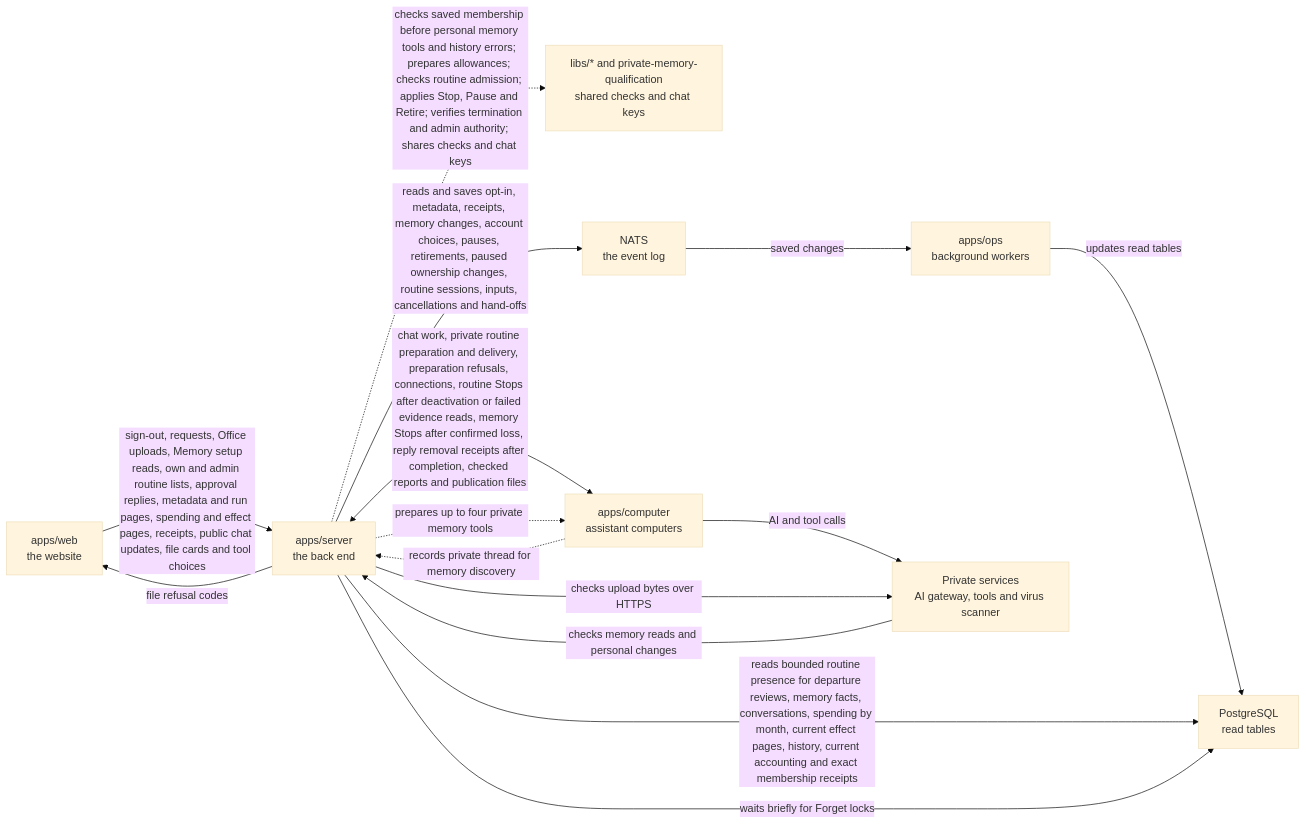
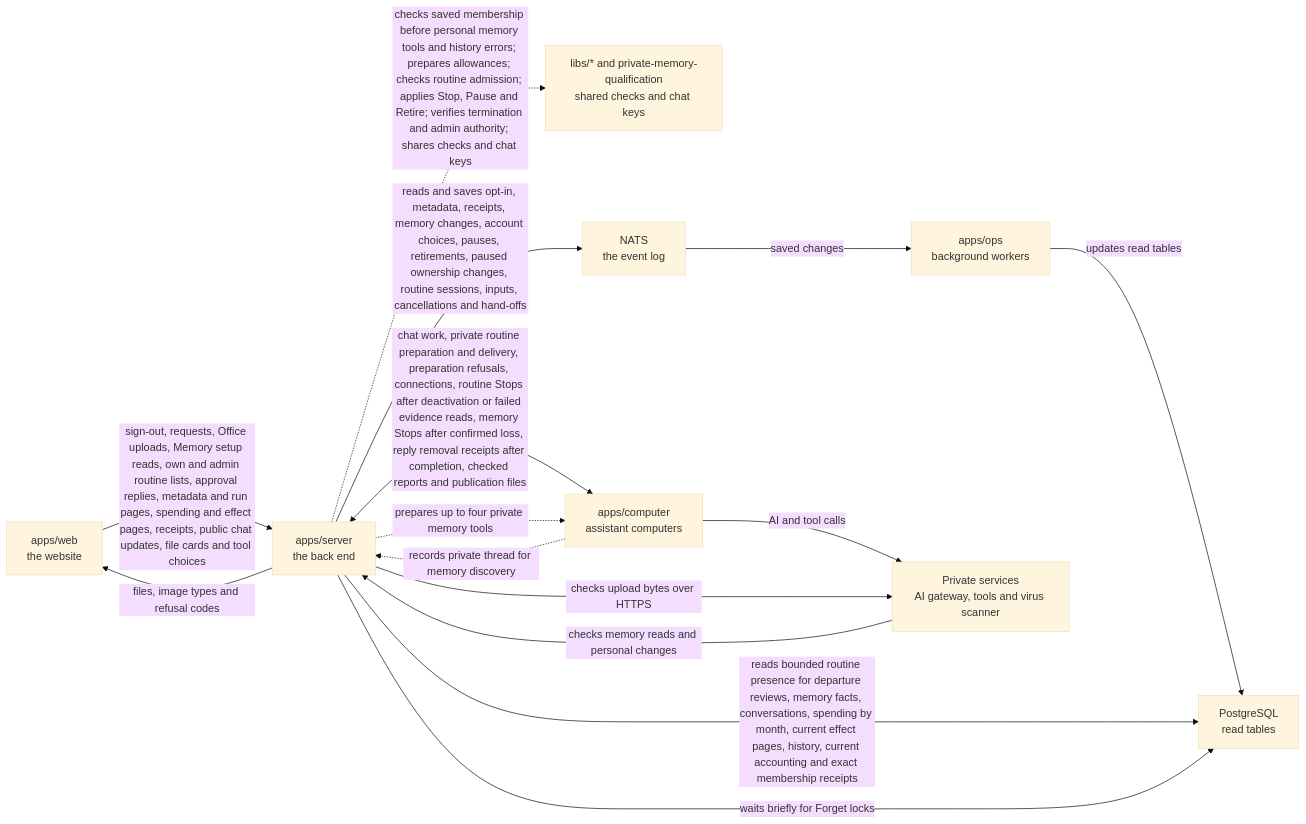
One commit to elewa-git/opencrane-new changed the diagram in apps/server/README.md. Above: the diagram before and after it, drawn with Mermaid (base theme). The commit also changed other lines of this file and 31 other files, not shown here.

````diff
--- a/apps/server/README.md
+++ b/apps/server/README.md
@@ -179,17 +179,17 @@
 ```mermaid
 flowchart LR
   web["apps/web<br/>the website"] -->|sign-out, requests, Office uploads, Memory setup reads, own and admin routine lists, approval replies, metadata and run pages, spending and effect pages, receipts, public chat updates, file cards and tool choices| server["apps/server<br/>the back end"]
   server -.->|checks saved membership before personal memory tools and history errors; prepares allowances; checks routine admission; applies Stop, Pause and Retire; verifies termination and admin authority; shares checks and chat keys| libs["libs/* and private-memory-qualification<br/>shared checks and chat keys"]
   server -->|reads and saves opt-in, metadata, receipts, memory changes, account choices, pauses, retirements, paused ownership changes, routine sessions, inputs, cancellations and hand-offs| nats["NATS<br/>the event log"]
   nats -->|saved changes| ops["apps/ops<br/>background workers"]
   ops -->|updates read tables| postgres["PostgreSQL<br/>read tables"]
   server -->|reads bounded routine presence for departure reviews, memory facts, conversations, spending by month, current effect pages, history, current accounting and exact membership receipts| postgres
   server -->|waits briefly for Forget locks| postgres
   server <-->|chat work, private routine preparation and delivery, preparation refusals, connections, routine Stops after deactivation or failed evidence reads, memory Stops after confirmed loss, reply removal receipts after completion, checked reports and publication files| computer["apps/computer<br/>assistant computers"]
   computer -.->|records private thread for memory discovery| server
   server -.->|prepares up to four private memory tools| computer
   computer -->|AI and tool calls| runtime["Private services<br/>AI gateway, tools and virus scanner"]
-  server -->|file refusal codes| web
+  server -->|files, image types and refusal codes| web
   server -->|checks upload bytes over HTTPS| runtime
   runtime -->|checks memory reads and personal changes| server
 ```
````
